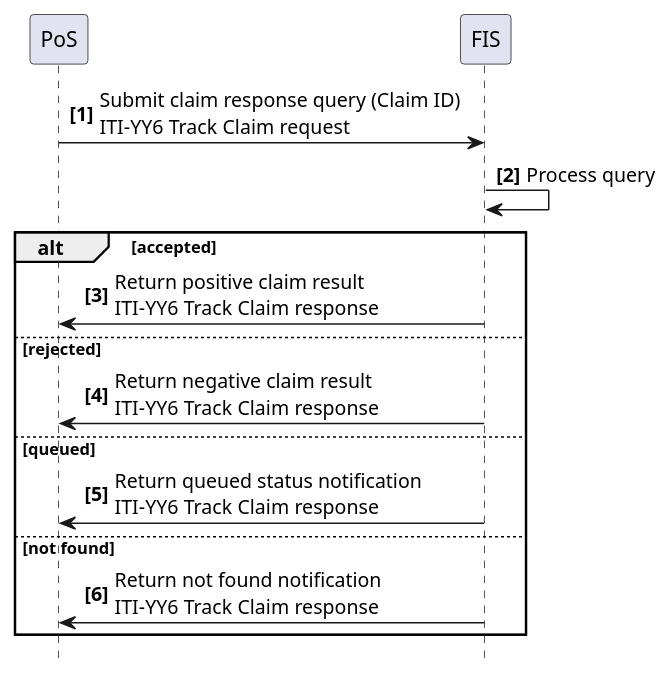
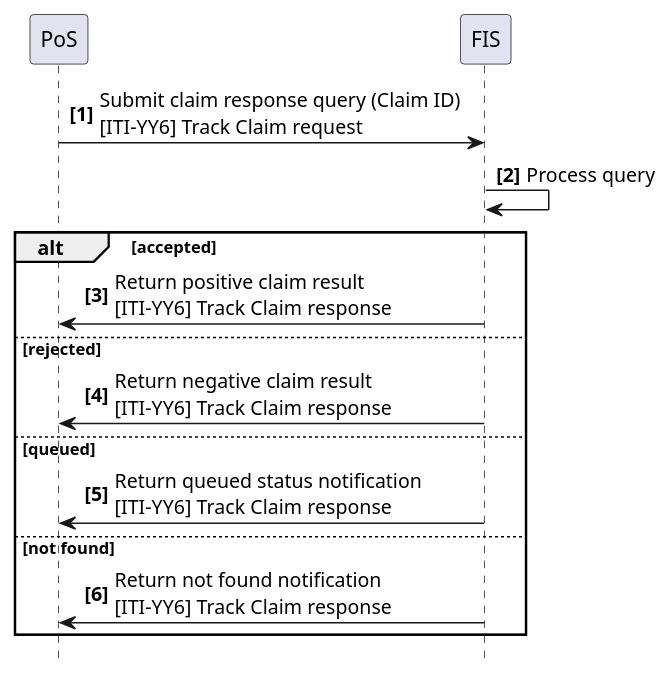
The diagram in input/images-source/usecase6-processflow.plantuml (IHE/ITI.Finance), drawn with PlantUML before and after one commit. The commit also changed 7 other files, not shown here.

Commit message:
Fixed typo in transaction numbers in tables and diagrams.  Fixes #10.

```diff
--- a/input/images-source/usecase6-processflow.plantuml
+++ b/input/images-source/usecase6-processflow.plantuml
@@ -1,22 +1,22 @@
 @startuml
 skinparam svgDimensionStyle false
 hide footbox
 autonumber "<b>[0]"
 
 participant PoS
 participant FIS
 
-PoS -> FIS: Submit claim response query (Claim ID)\nITI-YY6 Track Claim request
+PoS -> FIS: Submit claim response query (Claim ID)\n&#91;ITI-YY6&#93; Track Claim request
 FIS -> FIS: Process query
 
 alt accepted
-	FIS -> PoS: Return positive claim result\nITI-YY6 Track Claim response
+	FIS -> PoS: Return positive claim result\n&#91;ITI-YY6&#93; Track Claim response
 else rejected
-	FIS -> PoS: Return negative claim result\nITI-YY6 Track Claim response
+	FIS -> PoS: Return negative claim result\n&#91;ITI-YY6&#93; Track Claim response
 else queued
-	FIS -> PoS: Return queued status notification\nITI-YY6 Track Claim response
+	FIS -> PoS: Return queued status notification\n&#91;ITI-YY6&#93; Track Claim response
 else not found
-	FIS -> PoS: Return not found notification\nITI-YY6 Track Claim response
+	FIS -> PoS: Return not found notification\n&#91;ITI-YY6&#93; Track Claim response
 end
 
 @enduml
```
